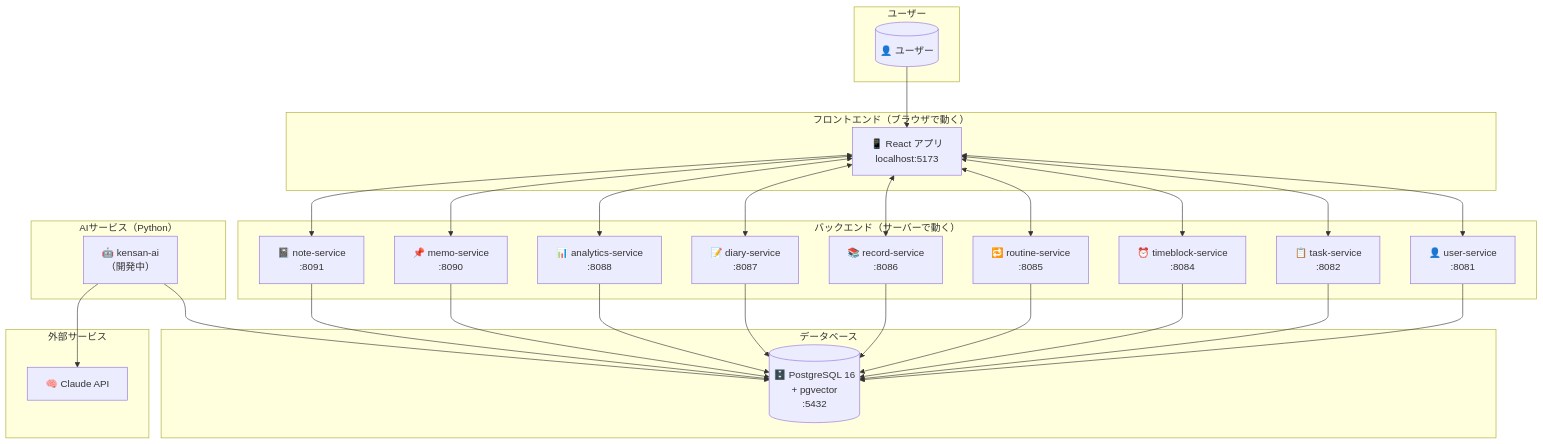
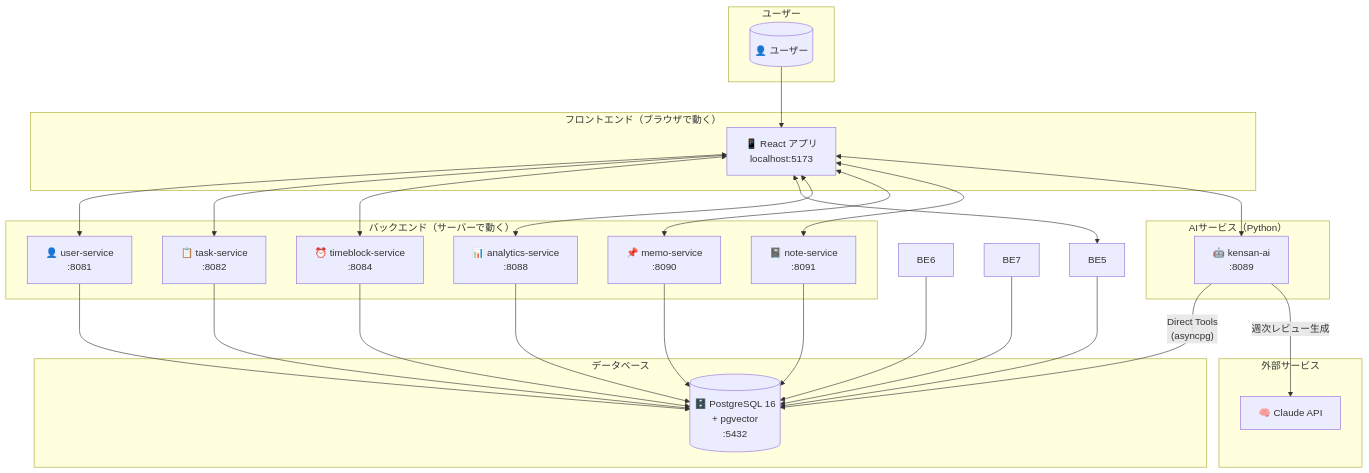
Before and after one commit to yu-min3/kensan: the first of 18 diagrams in mydocs/architecture_guide_for_beginners.md, drawn with Mermaid. The commit also changed other lines of this file and 116 other files, not shown here.

````diff
--- a/mydocs/architecture_guide_for_beginners.md
+++ b/mydocs/architecture_guide_for_beginners.md
@@ -40,58 +41,54 @@
 ```mermaid
 graph TB
     subgraph "ユーザー"
         U[("👤 ユーザー")]
     end
 
     subgraph "フロントエンド（ブラウザで動く）"
         FE["📱 React アプリ<br/>localhost:5173"]
     end
 
     subgraph "バックエンド（サーバーで動く）"
         BE1["👤 user-service<br/>:8081"]
         BE2["📋 task-service<br/>:8082"]
         BE4["⏰ timeblock-service<br/>:8084"]
-        BE5["🔁 routine-service<br/>:8085"]
-        BE6["📚 record-service<br/>:8086"]
-        BE7["📝 diary-service<br/>:8087"]
         BE8["📊 analytics-service<br/>:8088"]
         BE10["📌 memo-service<br/>:8090"]
         BE11["📓 note-service<br/>:8091"]
     end
 
     subgraph "AIサービス（Python）"
-        AI_SVC["🤖 kensan-ai<br/>（開発中）"]
+        AI_SVC["🤖 kensan-ai<br/>:8089"]
     end
 
     subgraph "データベース"
         DB[("🗄️ PostgreSQL 16<br/>+ pgvector<br/>:5432")]
     end
 
     subgraph "外部サービス"
         AI["🧠 Claude API"]
     end
 
     U --> FE
     FE <--> BE1
     FE <--> BE2
     FE <--> BE4
     FE <--> BE5
-    FE <--> BE6
-    FE <--> BE7
     FE <--> BE8
     FE <--> BE10
     FE <--> BE11
+    FE <--> AI_SVC
 
     BE1 --> DB
     BE2 --> DB
     BE4 --> DB
     BE5 --> DB
     BE6 --> DB
     BE7 --> DB
     BE8 --> DB
     BE10 --> DB
     BE11 --> DB
 
-    AI_SVC --> DB
-    AI_SVC --> AI
+    AI_SVC -->|"Direct Tools<br/>(asyncpg)"| DB
+    AI_SVC -->|"週次レビュー生成"| AI
 ```
````
